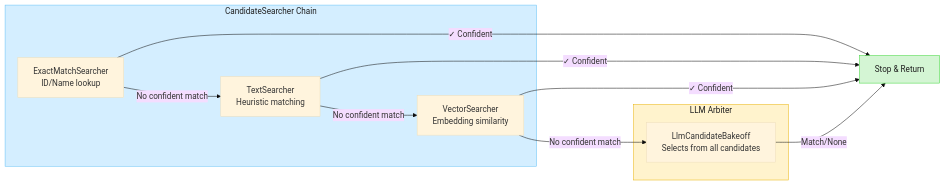
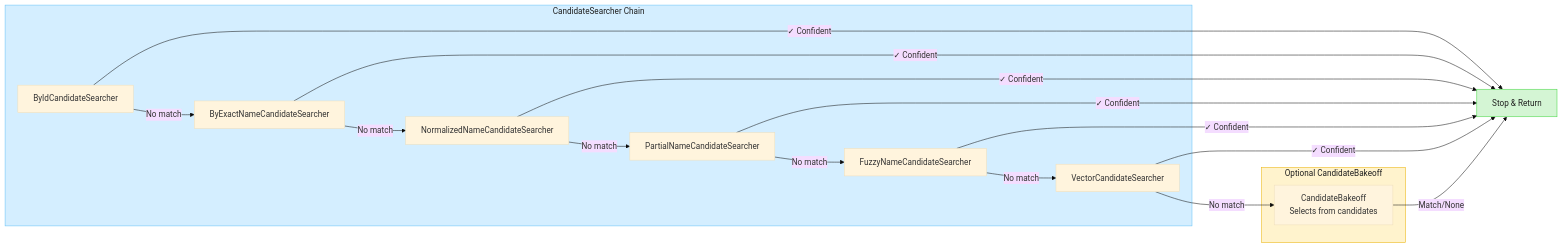
One commit to embabel/dice changed the sixth of 12 diagrams in README.md. Above: the diagram before and after it, drawn with Mermaid (base theme). The commit also changed other lines of this file and 6 other files, not shown here.

Commit message:
AgenticEntityResolver is now a candidate searcher

````diff
--- a/README.md
+++ b/README.md
@@ -414,25 +443,34 @@
 ```mermaid
 flowchart LR
     subgraph Searchers["CandidateSearcher Chain"]
-        S1["ExactMatchSearcher<br/>ID/Name lookup"]
-        S2["TextSearcher<br/>Heuristic matching"]
-        S3["VectorSearcher<br/>Embedding similarity"]
+        S1["ByIdCandidateSearcher"]
+        S2["ByExactNameCandidateSearcher"]
+        S3["NormalizedNameCandidateSearcher"]
+        S4["PartialNameCandidateSearcher"]
+        S5["FuzzyNameCandidateSearcher"]
+        S6["VectorCandidateSearcher"]
     end
 
-    subgraph Arbiter["LLM Arbiter"]
-        LLM["LlmCandidateBakeoff<br/>Selects from all candidates"]
+    subgraph Arbiter["Optional CandidateBakeoff"]
+        LLM["CandidateBakeoff<br/>Selects from candidates"]
     end
 
-    S1 -->|"No confident match"| S2
-    S2 -->|"No confident match"| S3
-    S3 -->|"No confident match"| LLM
+    S1 -->|"No match"| S2
+    S2 -->|"No match"| S3
+    S3 -->|"No match"| S4
+    S4 -->|"No match"| S5
+    S5 -->|"No match"| S6
+    S6 -->|"No match"| LLM
 
     S1 -->|"✓ Confident"| Done["Stop & Return"]
     S2 -->|"✓ Confident"| Done
     S3 -->|"✓ Confident"| Done
+    S4 -->|"✓ Confident"| Done
+    S5 -->|"✓ Confident"| Done
+    S6 -->|"✓ Confident"| Done
     LLM -->|"Match/None"| Done
 
     style Searchers fill:#d4eeff,stroke:#63c0f5,color:#1e1e1e
     style Arbiter fill:#fff3cd,stroke:#e9b306,color:#1e1e1e
     style Done fill:#d4f5d4,stroke:#3fd73c,color:#1e1e1e
 ```
````
